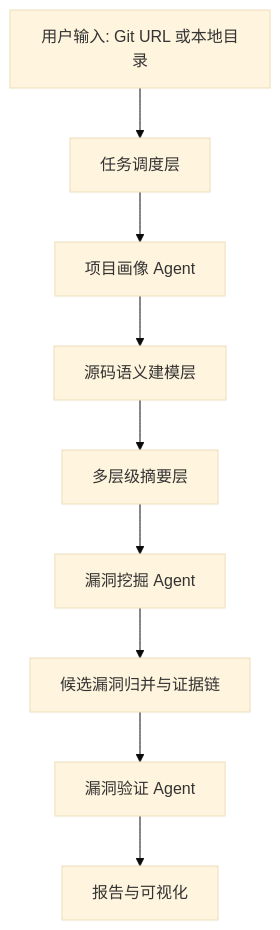
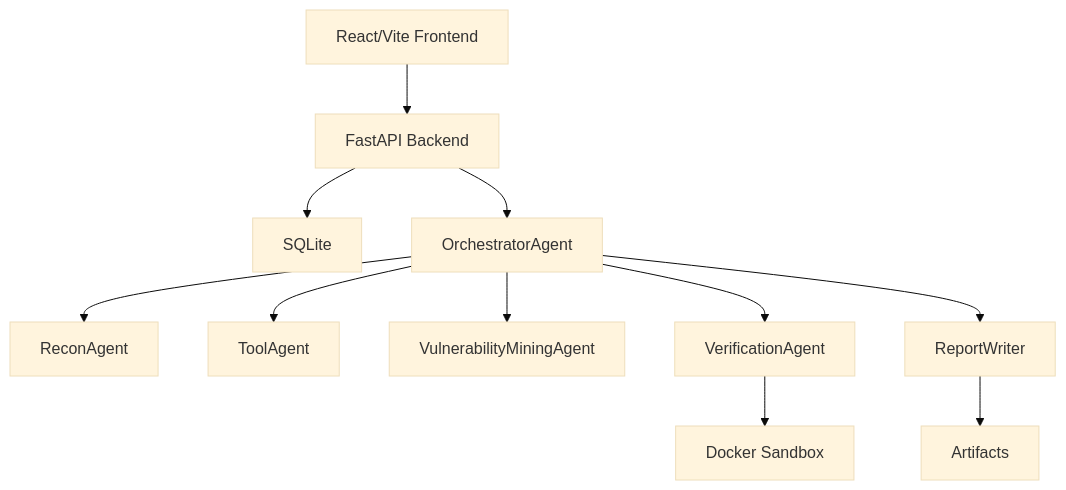
Before and after one commit to zgzm78/agentic-code-audit: the diagram in docs/ARCHITECTURE.md, drawn with Mermaid (base theme). The commit also changed other lines of this file and 41 other files, not shown here.

````diff
--- a/docs/ARCHITECTURE.md
+++ b/docs/ARCHITECTURE.md
@@ -14,11 +7,13 @@
 ```mermaid
 flowchart TD
-    A["用户输入: Git URL 或本地目录"] --> B["任务调度层"]
-    B --> C["项目画像 Agent"]
-    C --> D["源码语义建模层"]
-    D --> E["多层级摘要层"]
-    E --> F["漏洞挖掘 Agent"]
-    F --> G["候选漏洞归并与证据链"]
-    G --> H["漏洞验证 Agent"]
-    H --> I["报告与可视化"]
+    UI["React/Vite Frontend"] --> API["FastAPI Backend"]
+    API --> DB["SQLite"]
+    API --> ORCH["OrchestratorAgent"]
+    ORCH --> RECON["ReconAgent"]
+    ORCH --> TOOL["ToolAgent"]
+    ORCH --> MINING["VulnerabilityMiningAgent"]
+    ORCH --> VER["VerificationAgent"]
+    VER --> SANDBOX["Docker Sandbox"]
+    ORCH --> REPORT["ReportWriter"]
+    REPORT --> ART["Artifacts"]
 ```
````
